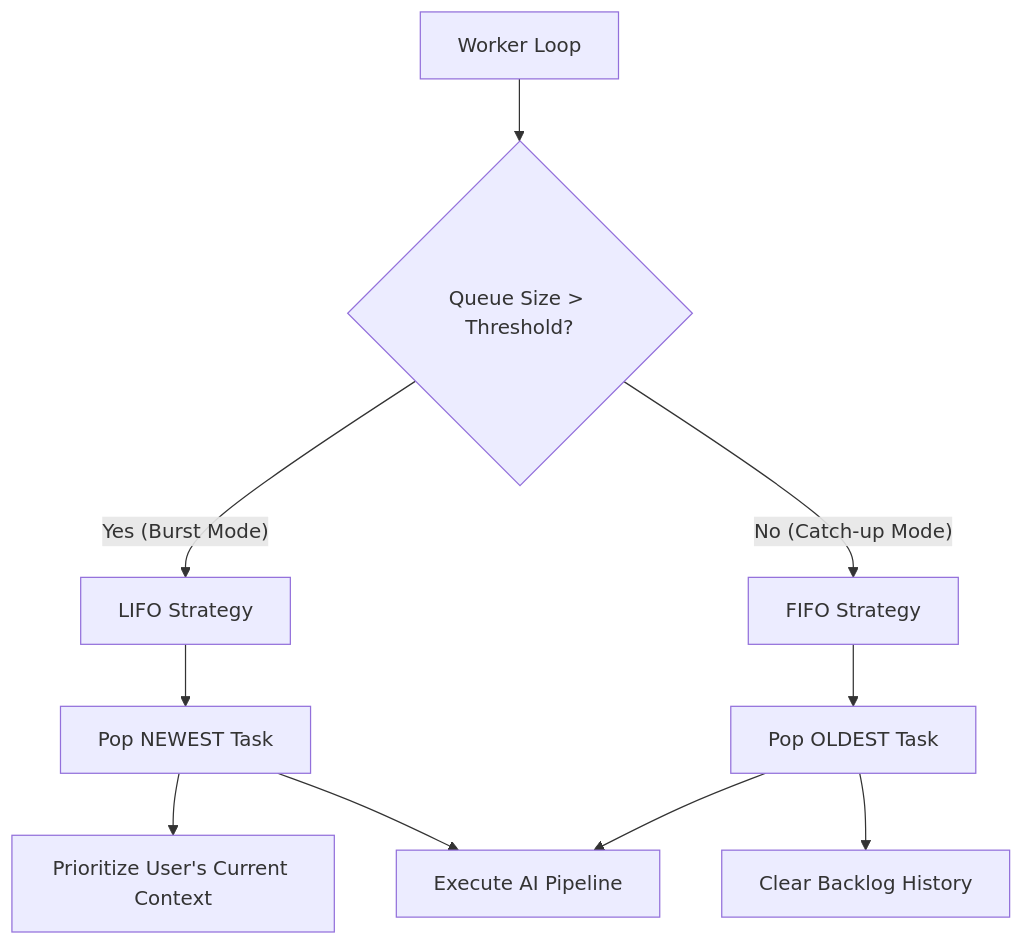
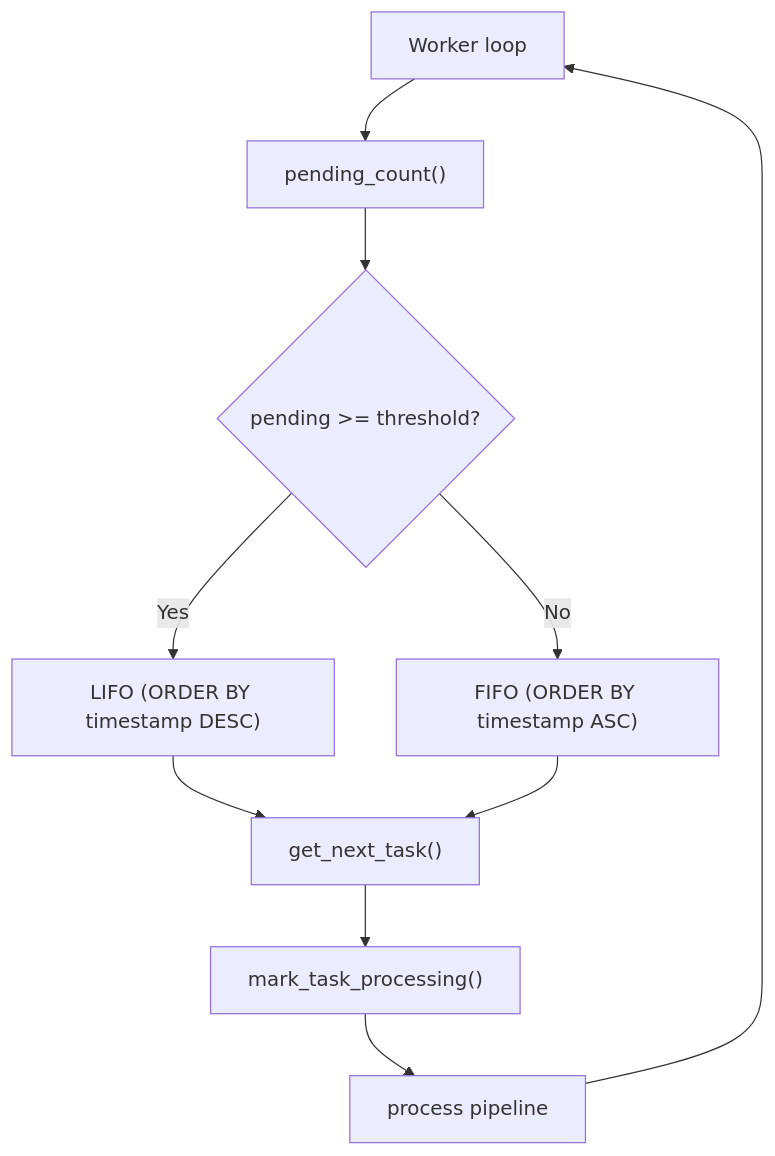
Before and after one commit to Xinm123/MyRecall: the fourth of 7 diagrams in docs/MyRecall_V2_Analysis.md, drawn with Mermaid. The commit also changed other lines of this file and 3 other files, not shown here.

````diff
--- a/docs/MyRecall_V2_Analysis.md
+++ b/docs/MyRecall_V2_Analysis.md
@@ -141,15 +258,12 @@
-    ```mermaid
-    flowchart TD
-        Start[Worker Loop] --> CheckCount{Queue Size > Threshold?}
-        
-        CheckCount -- "Yes (Burst Mode)" --> LIFO[LIFO Strategy]
-        LIFO --> GetNew[Pop NEWEST Task]
-        GetNew --> Note1[Prioritize User's Current Context]
-        
-        CheckCount -- "No (Catch-up Mode)" --> FIFO[FIFO Strategy]
-        FIFO --> GetOld[Pop OLDEST Task]
-        GetOld --> Note2[Clear Backlog History]
-        
-        GetNew --> Process[Execute AI Pipeline]
-        GetOld --> Process
-    ```
+```mermaid
+flowchart TD
+  Loop["Worker loop"] --> Count["pending_count()"]
+  Count --> Mode{"pending >= threshold?"}
+  Mode -- "Yes" --> LIFO["LIFO (ORDER BY timestamp DESC)"]
+  Mode -- "No" --> FIFO["FIFO (ORDER BY timestamp ASC)"]
+  LIFO --> Take["get_next_task()"]
+  FIFO --> Take
+  Take --> Mark["mark_task_processing()"]
+  Mark --> Pipe["process pipeline"]
+  Pipe --> Loop
+```
````
